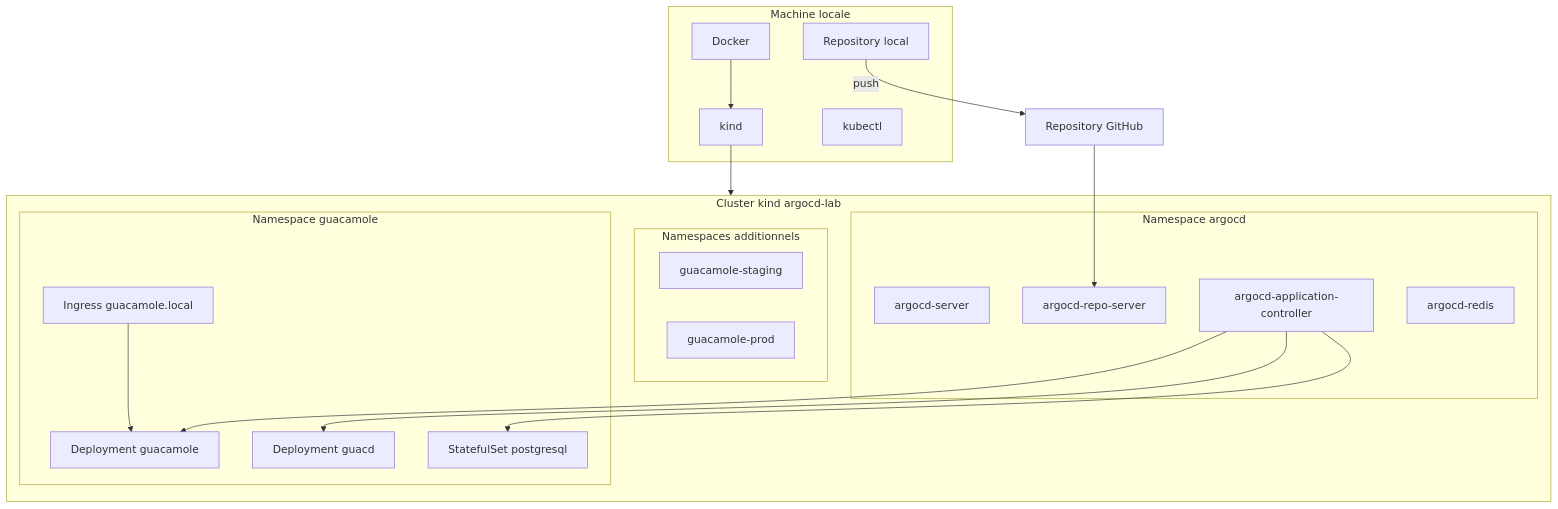
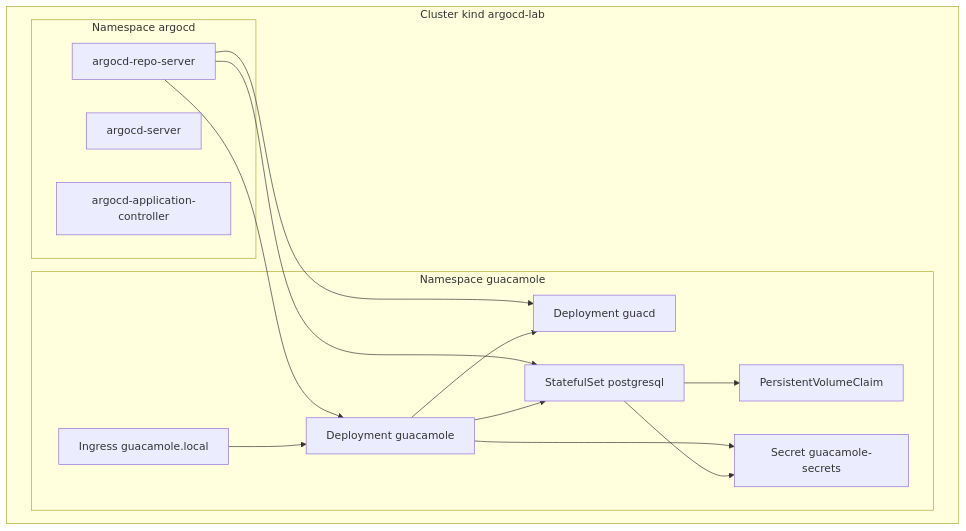
The second of 2 diagrams in docs/architecture.md (RobinThiriet/ArgoCD), drawn with Mermaid before and after one commit. The commit also changed other lines of this file and 36 other files, not shown here.

````diff
--- a/docs/architecture.md
+++ b/docs/architecture.md
@@ -24,39 +19,29 @@
 ```mermaid
 flowchart TB
-    subgraph Local["Machine locale"]
-        Docker[Docker]
-        Kind[kind]
-        Kubectl[kubectl]
-        Repo[Repository local]
-    end
-
     subgraph Kubernetes["Cluster kind argocd-lab"]
-        subgraph NS1["Namespace argocd"]
+        subgraph Argo["Namespace argocd"]
             Server[argocd-server]
-            RepoServer[argocd-repo-server]
+            Repo[argocd-repo-server]
             Controller[argocd-application-controller]
-            Redis[argocd-redis]
         end
 
-        subgraph NS2["Namespace guacamole"]
+        subgraph Bastion["Namespace guacamole"]
             Ingress[Ingress guacamole.local]
             Web[Deployment guacamole]
             Guacd[Deployment guacd]
             Db[StatefulSet postgresql]
-        end
-
-        subgraph NS3["Namespaces additionnels"]
-            Staging[guacamole-staging]
-            Prod[guacamole-prod]
+            Secret[Secret guacamole-secrets]
+            Pvc[PersistentVolumeClaim]
         end
     end
 
-    Repo -->|push| GitHub[Repository GitHub]
-    Docker --> Kind
-    Kind --> Kubernetes
-    GitHub --> RepoServer
-    Controller --> Web
-    Controller --> Guacd
-    Controller --> Db
+    Repo --> Web
+    Repo --> Guacd
+    Repo --> Db
     Ingress --> Web
+    Web --> Guacd
+    Web --> Db
+    Db --> Pvc
+    Web --> Secret
+    Db --> Secret
 ```
````
